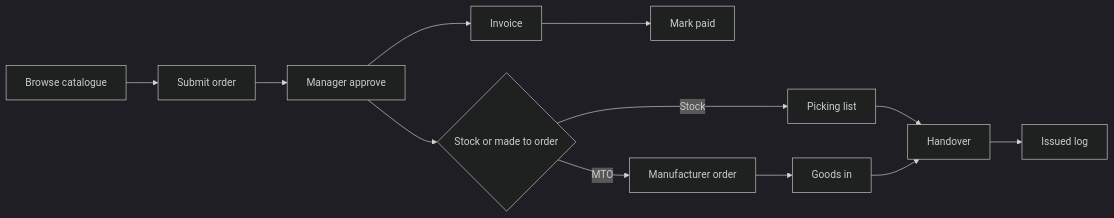
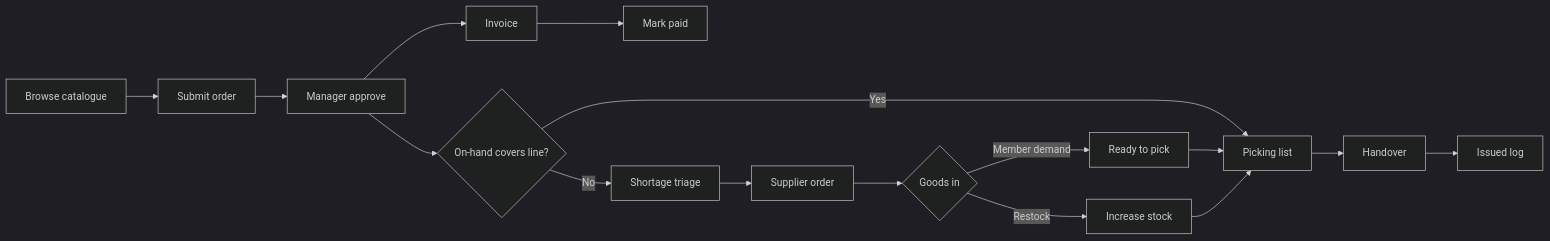
Before and after one commit to foxcoverts/activity-teams: the diagram in docs/stories/merchandise-stash-domain.md, drawn with Mermaid (dark theme). The commit also changed other lines of this file and 29 other files, not shown here.

````diff
--- a/docs/stories/merchandise-stash-domain.md
+++ b/docs/stories/merchandise-stash-domain.md
@@ -28,14 +28,18 @@
 ```mermaid
 flowchart LR
   Browse[Browse catalogue] --> Submit[Submit order]
   Submit --> Approve[Manager approve]
   Approve --> Invoice[Invoice]
   Invoice --> Paid[Mark paid]
-  Approve --> StockOrMfr{Stock or made to order}
-  StockOrMfr -->|Stock| Pick[Picking list]
-  StockOrMfr -->|MTO| Mfr[Manufacturer order]
-  Mfr --> GoodsIn[Goods in]
+  Approve --> Cover{On-hand covers line?}
+  Cover -->|Yes| Pick[Picking list]
+  Cover -->|No| Shortage[Shortage triage]
+  Shortage --> SupplierOrder[Supplier order]
+  SupplierOrder --> GoodsIn{Goods in}
+  GoodsIn -->|Member demand| Ready[Ready to pick]
+  GoodsIn -->|Restock| StockUp[Increase stock]
+  Ready --> Pick
+  StockUp --> Pick
   Pick --> Hand[Handover]
-  GoodsIn --> Hand
   Hand --> Issued[Issued log]
 ```
````
